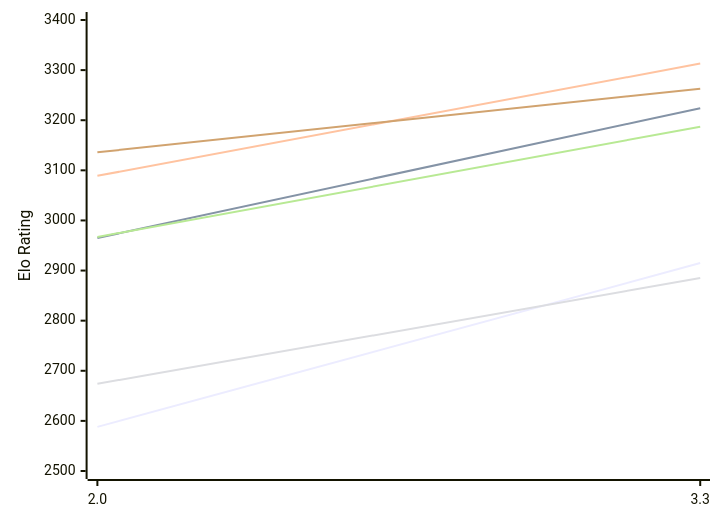
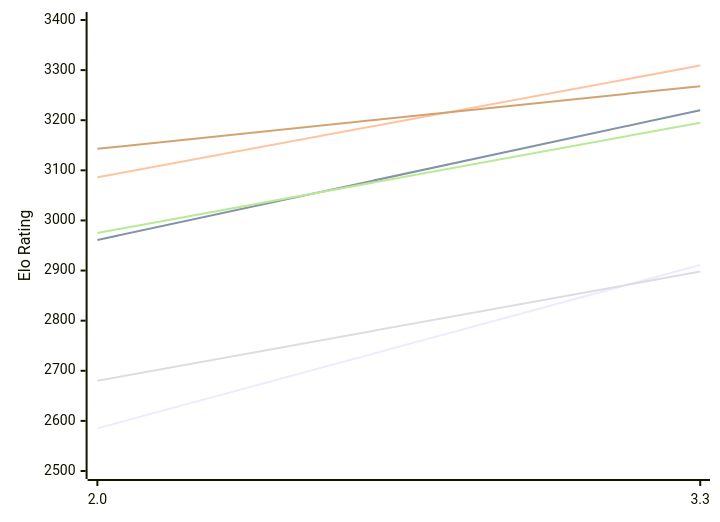
Before and after one commit to computer-chess-index/cci: the first of 2 diagrams in engines/Ceylondemon.md, drawn with Mermaid. The commit also changed other lines of this file, not shown here.

Commit message:
Update CCI Ratings (ELO VLTC) - 2026-11-21

````diff
--- a/engines/Ceylondemon.md
+++ b/engines/Ceylondemon.md
@@ -50,12 +50,12 @@
 ```mermaid
 %%{init: {"theme":"base","themeVariables":{"seriesColors:['#a3a3a3','#222221','#faa371']}}}%%
 xychart-beta
   x-axis ["2.0", "3.3"]
   y-axis "Elo Rating" 2500 --> 3400
-  line "E1: STC (8.0+0.08s)" [2588, 2915]
-  line "E1: LTC (60.0+0.60s)" [2965, 3224]
-  line "E1: VLTC (2m24s+1.12s)" [3089, 3313]
-  line "P1: STC (8.0+0.08s)" [2674, 2885]
-  line "P1: LTC (60.0+0.60s)" [2967, 3187]
-  line "P1: VLTC (2m24s+1.12s)" [3136, 3263]
+  line "E1: STC (8.0+0.08s)" [2585, 2911]
+  line "E1: LTC (60.0+0.60s)" [2961, 3220]
+  line "E1: VLTC (2m24s+1.12s)" [3086, 3309]
+  line "P1: STC (8.0+0.08s)" [2680, 2898]
+  line "P1: LTC (60.0+0.60s)" [2975, 3195]
+  line "P1: VLTC (2m24s+1.12s)" [3143, 3268]
 ```
````
